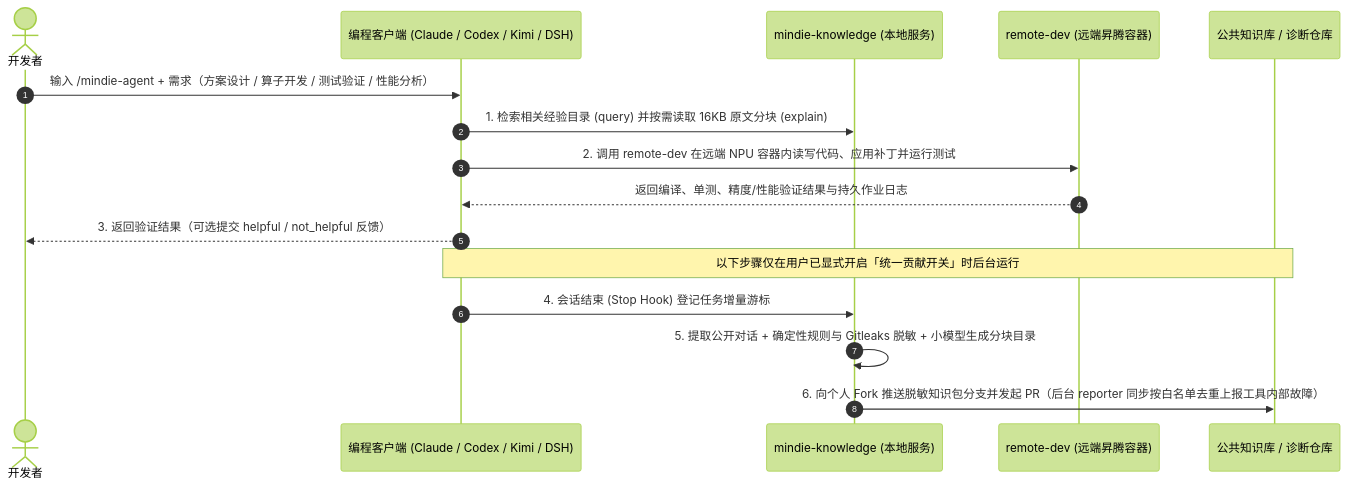
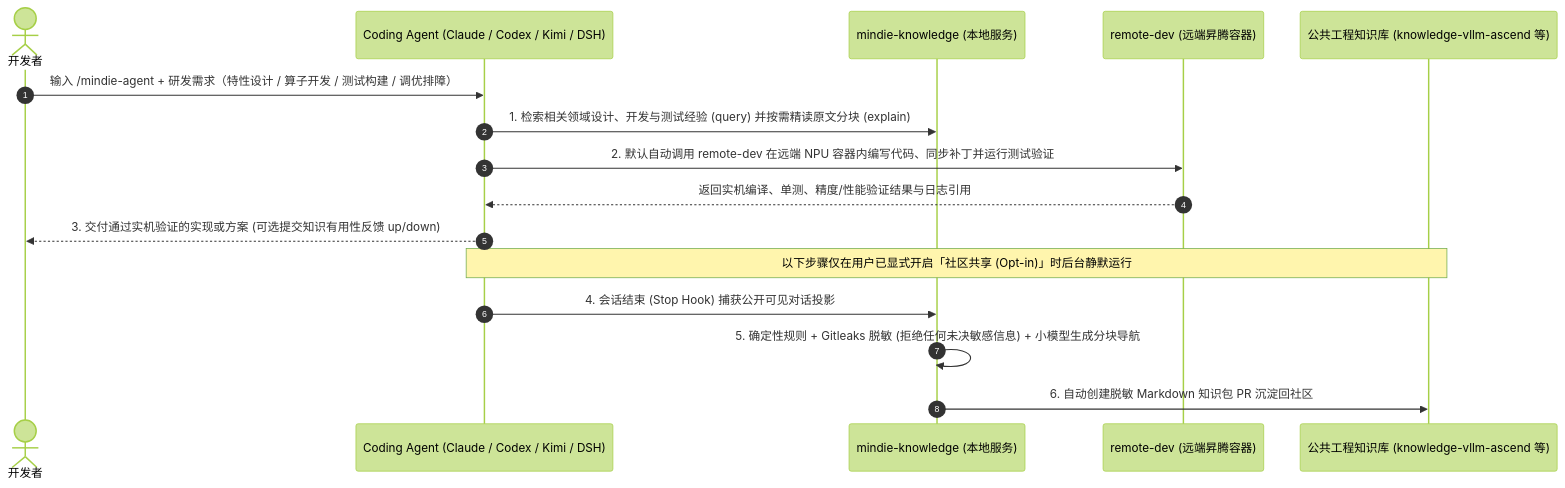
Before and after one commit to grandolantow/mindie-agent: the second of 2 diagrams in README.md, drawn with Mermaid (forest theme). The commit also changed other lines of this file and 16 other files, not shown here.

````diff
--- a/README.md
+++ b/README.md
@@ -262,19 +221,19 @@
 ```mermaid
 sequenceDiagram
   autonumber
   actor Dev as 开发者
-  participant Agent as 编程客户端 (Claude / Codex / Kimi / DSH)
+  participant Agent as Coding Agent (Claude / Codex / Kimi / DSH)
   participant Know as mindie-knowledge (本地服务)
   participant NPU as remote-dev (远端昇腾容器)
-  participant Repo as 公共知识库 / 诊断仓库
+  participant Repo as 公共工程知识库 (knowledge-vllm-ascend 等)
 
-  Dev->>Agent: 输入 /mindie-agent + 需求（方案设计 / 算子开发 / 测试验证 / 性能分析）
-  Agent->>Know: 1. 检索相关经验目录 (query) 并按需读取 16KB 原文分块 (explain)
-  Agent->>NPU: 2. 调用 remote-dev 在远端 NPU 容器内读写代码、应用补丁并运行测试
-  NPU-->>Agent: 返回编译、单测、精度/性能验证结果与持久作业日志
-  Agent-->>Dev: 3. 返回验证结果（可选提交 helpful / not_helpful 反馈）
-  Note over Agent,Repo: 以下步骤仅在用户已显式开启「统一贡献开关」时后台运行
-  Agent->>Know: 4. 会话结束 (Stop Hook) 登记任务增量游标
-  Know->>Know: 5. 提取公开对话 + 确定性规则与 Gitleaks 脱敏 + 小模型生成分块目录
-  Know->>Repo: 6. 向个人 Fork 推送脱敏知识包分支并发起 PR（后台 reporter 同步按白名单去重上报工具内部故障）
+  Dev->>Agent: 输入 /mindie-agent + 研发需求（特性设计 / 算子开发 / 测试构建 / 调优排障）
+  Agent->>Know: 1. 检索相关领域设计、开发与测试经验 (query) 并按需精读原文分块 (explain)
+  Agent->>NPU: 2. 默认自动调用 remote-dev 在远端 NPU 容器内编写代码、同步补丁并运行测试验证
+  NPU-->>Agent: 返回实机编译、单测、精度/性能验证结果与日志引用
+  Agent-->>Dev: 3. 交付通过实机验证的实现或方案 (可选提交知识有用性反馈 up/down)
+  Note over Agent,Repo: 以下步骤仅在用户已显式开启「社区共享 (Opt-in)」时后台静默运行
+  Agent->>Know: 4. 会话结束 (Stop Hook) 捕获公开可见对话投影
+  Know->>Know: 5. 确定性规则 + Gitleaks 脱敏 (拒绝任何未决敏感信息) + 小模型生成分块导航
+  Know->>Repo: 6. 自动创建脱敏 Markdown 知识包 PR 沉淀回社区
 ```
````
